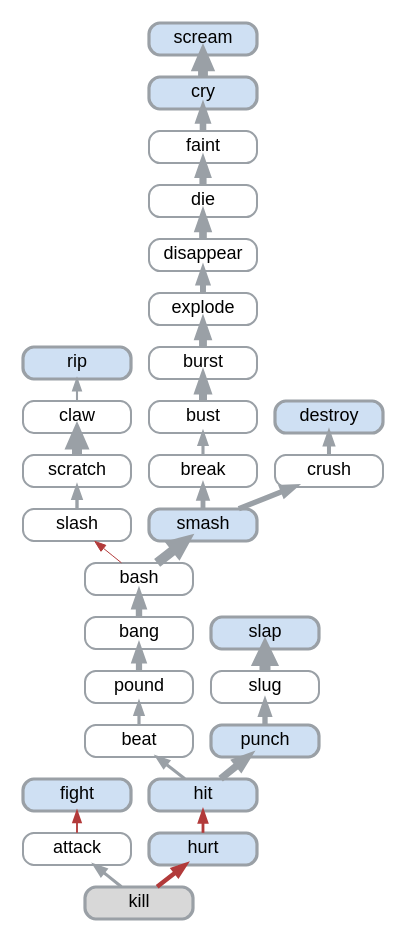
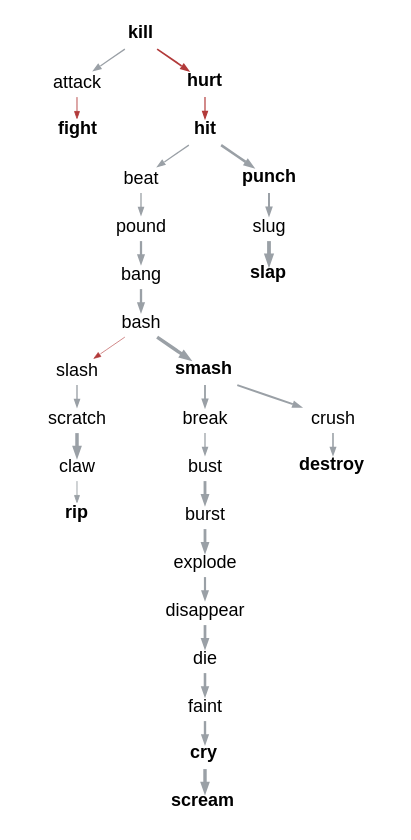
Before and after one commit to quadrismegistus/malignment: the diagram in experiments/displacement/chain_of_connections/figures/bottleneck_kill_faller_llama_resid_mean_nocontrols_clean.dot, drawn with Graphviz. The commit also changed 3 other files, not shown here.

```diff
--- a/experiments/displacement/chain_of_connections/figures/bottleneck_kill_faller_llama_resid_mean_nocontrols_clean.dot
+++ b/experiments/displacement/chain_of_connections/figures/bottleneck_kill_faller_llama_resid_mean_nocontrols_clean.dot
@@ -1,60 +1,60 @@
 digraph {
-  rankdir=BT; bgcolor="white"; ranksep=0.15; nodesep=0.12;
-  node [shape=box style="rounded,filled" fontname="Arial" fontsize=9 height=0.22 margin="0.05,0.02" color="#9aa0a6" fillcolor="#ffffff"];
-  edge [arrowsize=0.55 color="#9aa0a6"];
-  "attack" [label="attack" fillcolor="#ffffff" penwidth=1.0];
-  "bang" [label="bang" fillcolor="#ffffff" penwidth=1.0];
-  "bash" [label="bash" fillcolor="#ffffff" penwidth=1.0];
-  "beat" [label="beat" fillcolor="#ffffff" penwidth=1.0];
-  "break" [label="break" fillcolor="#ffffff" penwidth=1.0];
-  "burst" [label="burst" fillcolor="#ffffff" penwidth=1.0];
-  "bust" [label="bust" fillcolor="#ffffff" penwidth=1.0];
-  "claw" [label="claw" fillcolor="#ffffff" penwidth=1.0];
-  "crush" [label="crush" fillcolor="#ffffff" penwidth=1.0];
-  "cry" [label="cry" fillcolor="#cfe0f3" penwidth=1.6];
-  "destroy" [label="destroy" fillcolor="#cfe0f3" penwidth=1.6];
-  "die" [label="die" fillcolor="#ffffff" penwidth=1.0];
-  "disappear" [label="disappear" fillcolor="#ffffff" penwidth=1.0];
-  "explode" [label="explode" fillcolor="#ffffff" penwidth=1.0];
-  "faint" [label="faint" fillcolor="#ffffff" penwidth=1.0];
-  "fight" [label="fight" fillcolor="#cfe0f3" penwidth=1.6];
-  "hit" [label="hit" fillcolor="#cfe0f3" penwidth=1.6];
-  "hurt" [label="hurt" fillcolor="#cfe0f3" penwidth=1.6];
-  "kill" [label="kill" fillcolor="#d8d8d8" penwidth=1.6];
-  "pound" [label="pound" fillcolor="#ffffff" penwidth=1.0];
-  "punch" [label="punch" fillcolor="#cfe0f3" penwidth=1.6];
-  "rip" [label="rip" fillcolor="#cfe0f3" penwidth=1.6];
-  "scratch" [label="scratch" fillcolor="#ffffff" penwidth=1.0];
-  "scream" [label="scream" fillcolor="#cfe0f3" penwidth=1.6];
-  "slap" [label="slap" fillcolor="#cfe0f3" penwidth=1.6];
-  "slash" [label="slash" fillcolor="#ffffff" penwidth=1.0];
-  "slug" [label="slug" fillcolor="#ffffff" penwidth=1.0];
-  "smash" [label="smash" fillcolor="#cfe0f3" penwidth=1.6];
-  "attack" -> "fight" [penwidth=0.93 color="#b23a3a"];
-  "bang" -> "bash" [penwidth=3.20 color="#9aa0a6"];
-  "bash" -> "slash" [penwidth=0.50 color="#b23a3a"];
-  "bash" -> "smash" [penwidth=4.91 color="#9aa0a6"];
-  "beat" -> "pound" [penwidth=1.59 color="#9aa0a6"];
-  "break" -> "bust" [penwidth=1.55 color="#9aa0a6"];
-  "burst" -> "explode" [penwidth=3.91 color="#9aa0a6"];
-  "bust" -> "burst" [penwidth=4.01 color="#9aa0a6"];
-  "claw" -> "rip" [penwidth=1.04 color="#9aa0a6"];
-  "crush" -> "destroy" [penwidth=2.02 color="#9aa0a6"];
-  "cry" -> "scream" [penwidth=4.91 color="#9aa0a6"];
-  "die" -> "faint" [penwidth=3.58 color="#9aa0a6"];
-  "disappear" -> "die" [penwidth=3.82 color="#9aa0a6"];
-  "explode" -> "disappear" [penwidth=2.97 color="#9aa0a6"];
-  "faint" -> "cry" [penwidth=3.29 color="#9aa0a6"];
-  "hit" -> "beat" [penwidth=1.55 color="#9aa0a6"];
-  "hit" -> "punch" [penwidth=3.56 color="#9aa0a6"];
-  "hurt" -> "hit" [penwidth=1.41 color="#b23a3a"];
-  "kill" -> "attack" [penwidth=1.58 color="#9aa0a6"];
-  "kill" -> "hurt" [penwidth=2.25 color="#b23a3a"];
-  "pound" -> "bang" [penwidth=3.11 color="#9aa0a6"];
-  "punch" -> "slug" [penwidth=2.66 color="#9aa0a6"];
-  "scratch" -> "claw" [penwidth=5.01 color="#9aa0a6"];
-  "slash" -> "scratch" [penwidth=1.69 color="#9aa0a6"];
-  "slug" -> "slap" [penwidth=5.50 color="#9aa0a6"];
-  "smash" -> "break" [penwidth=2.41 color="#9aa0a6"];
-  "smash" -> "crush" [penwidth=2.67 color="#9aa0a6"];
+  rankdir=TB; bgcolor="white"; ranksep=0.15; nodesep=0.14;
+  node [shape=plaintext fontname="Arial" fontsize=9 height=0.18 margin="0.02,0.01"];
+  edge [arrowsize=0.35 color="#9aa0a6"];
+  "attack" [label=<attack>];
+  "bang" [label=<bang>];
+  "bash" [label=<bash>];
+  "beat" [label=<beat>];
+  "break" [label=<break>];
+  "burst" [label=<burst>];
+  "bust" [label=<bust>];
+  "claw" [label=<claw>];
+  "crush" [label=<crush>];
+  "cry" [label=<<B>cry</B>>];
+  "destroy" [label=<<B>destroy</B>>];
+  "die" [label=<die>];
+  "disappear" [label=<disappear>];
+  "explode" [label=<explode>];
+  "faint" [label=<faint>];
+  "fight" [label=<<B>fight</B>>];
+  "hit" [label=<<B>hit</B>>];
+  "hurt" [label=<<B>hurt</B>>];
+  "kill" [label=<<B>kill</B>>];
+  "pound" [label=<pound>];
+  "punch" [label=<<B>punch</B>>];
+  "rip" [label=<<B>rip</B>>];
+  "scratch" [label=<scratch>];
+  "scream" [label=<<B>scream</B>>];
+  "slap" [label=<<B>slap</B>>];
+  "slash" [label=<slash>];
+  "slug" [label=<slug>];
+  "smash" [label=<<B>smash</B>>];
+  "attack" -> "fight" [penwidth=0.44 color="#b23a3a"];
+  "bang" -> "bash" [penwidth=1.16 color="#9aa0a6"];
+  "bash" -> "slash" [penwidth=0.30 color="#b23a3a"];
+  "bash" -> "smash" [penwidth=1.71 color="#9aa0a6"];
+  "beat" -> "pound" [penwidth=0.65 color="#9aa0a6"];
+  "break" -> "bust" [penwidth=0.64 color="#9aa0a6"];
+  "burst" -> "explode" [penwidth=1.39 color="#9aa0a6"];
+  "bust" -> "burst" [penwidth=1.42 color="#9aa0a6"];
+  "claw" -> "rip" [penwidth=0.47 color="#9aa0a6"];
+  "crush" -> "destroy" [penwidth=0.79 color="#9aa0a6"];
+  "cry" -> "scream" [penwidth=1.71 color="#9aa0a6"];
+  "die" -> "faint" [penwidth=1.28 color="#9aa0a6"];
+  "disappear" -> "die" [penwidth=1.36 color="#9aa0a6"];
+  "explode" -> "disappear" [penwidth=1.09 color="#9aa0a6"];
+  "faint" -> "cry" [penwidth=1.19 color="#9aa0a6"];
+  "hit" -> "beat" [penwidth=0.64 color="#9aa0a6"];
+  "hit" -> "punch" [penwidth=1.28 color="#9aa0a6"];
+  "hurt" -> "hit" [penwidth=0.59 color="#b23a3a"];
+  "kill" -> "attack" [penwidth=0.65 color="#9aa0a6"];
+  "kill" -> "hurt" [penwidth=0.86 color="#b23a3a"];
+  "pound" -> "bang" [penwidth=1.13 color="#9aa0a6"];
+  "punch" -> "slug" [penwidth=0.99 color="#9aa0a6"];
+  "scratch" -> "claw" [penwidth=1.74 color="#9aa0a6"];
+  "slash" -> "scratch" [penwidth=0.68 color="#9aa0a6"];
+  "slug" -> "slap" [penwidth=1.90 color="#9aa0a6"];
+  "smash" -> "break" [penwidth=0.91 color="#9aa0a6"];
+  "smash" -> "crush" [penwidth=0.99 color="#9aa0a6"];
 }
```
